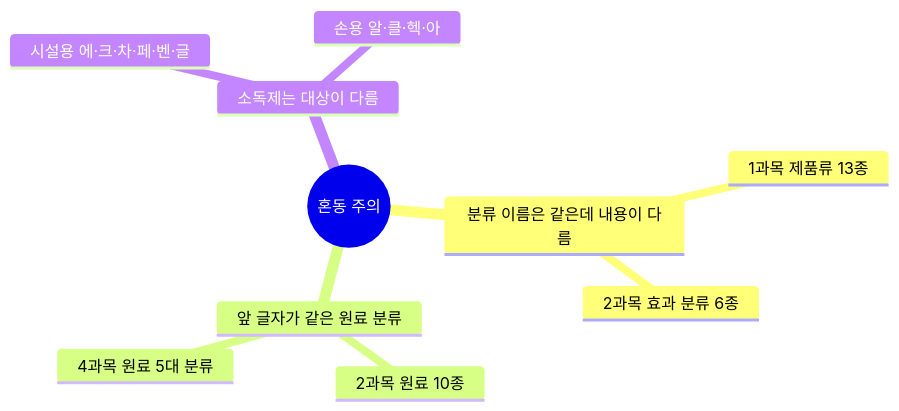
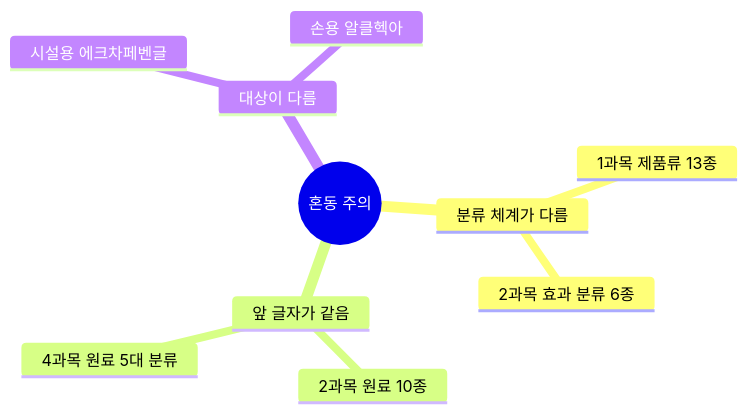
The fifth of 5 diagrams in content/두음법_암기_총정리.md (skygoldlee-cyber/Personalized_Skincare), drawn with Mermaid before and after one commit. The commit also changed other lines of this file and 1 other file, not shown here.

````diff
--- a/content/두음법_암기_총정리.md
+++ b/content/두음법_암기_총정리.md
@@ -178,13 +242,13 @@
 ```mermaid
 mindmap
  root((혼동 주의))
-  분류 이름은 같은데 내용이 다름
+  분류 체계가 다름
    1과목 제품류 13종
    2과목 효과 분류 6종
-  앞 글자가 같은 원료 분류
+  앞 글자가 같음
    2과목 원료 10종
    4과목 원료 5대 분류
-  소독제는 대상이 다름
-   시설용 에·크·차·페·벤·글
-   손용 알·클·헥·아
+  대상이 다름
+   시설용 에크차페벤글
+   손용 알클헥아
 ```
````
